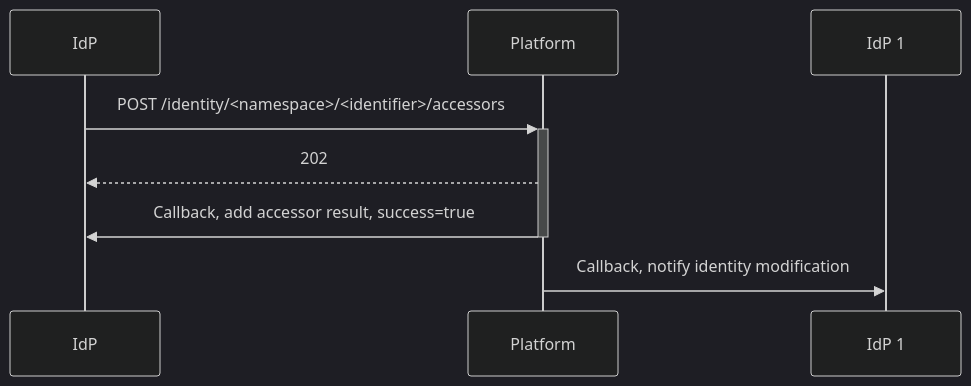
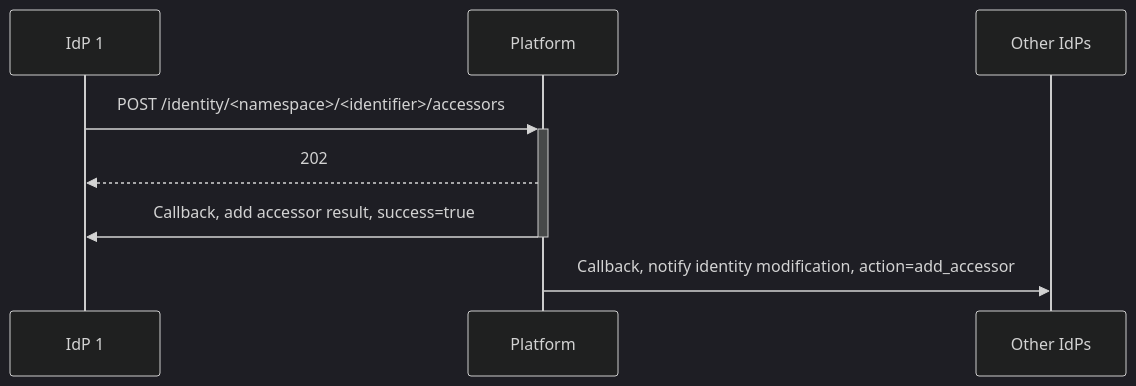
Before and after one commit to ndidplatform/ndidplatform.github.io: the first of 2 diagrams in flows/add-accessor.md, drawn with Mermaid (dark theme). The commit also changed other lines of this file and 1 other file, not shown here.

Commit message:
Revise identity flow sequence diagrams

````diff
--- a/flows/add-accessor.md
+++ b/flows/add-accessor.md
@@ -9,9 +9,10 @@
 ```mermaid
 sequenceDiagram
-    participant IdP
+    participant IdP 1
     participant Platform
-    IdP->>+Platform: POST /identity/<namespace>/<identifier>/accessors
-    Platform-->>IdP: 202
-    Platform->>-IdP: Callback, add accessor result, success=true
-    Platform->>IdP 1: Callback, notify identity modification
+    participant Other IdPs
+    IdP 1->>+Platform: POST /identity/<namespace>/<identifier>/accessors
+    Platform-->>IdP 1: 202
+    Platform->>-IdP 1: Callback, add accessor result, success=true
+    Platform->>Other IdPs: Callback, notify identity modification, action=add_accessor
 ```
````
